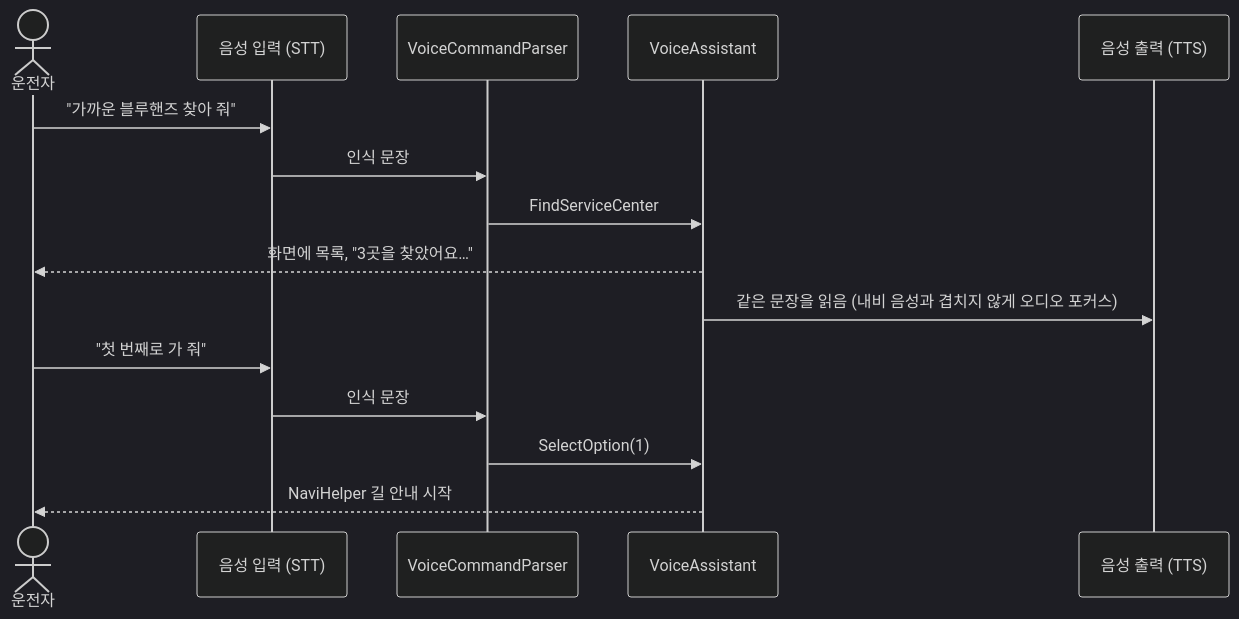
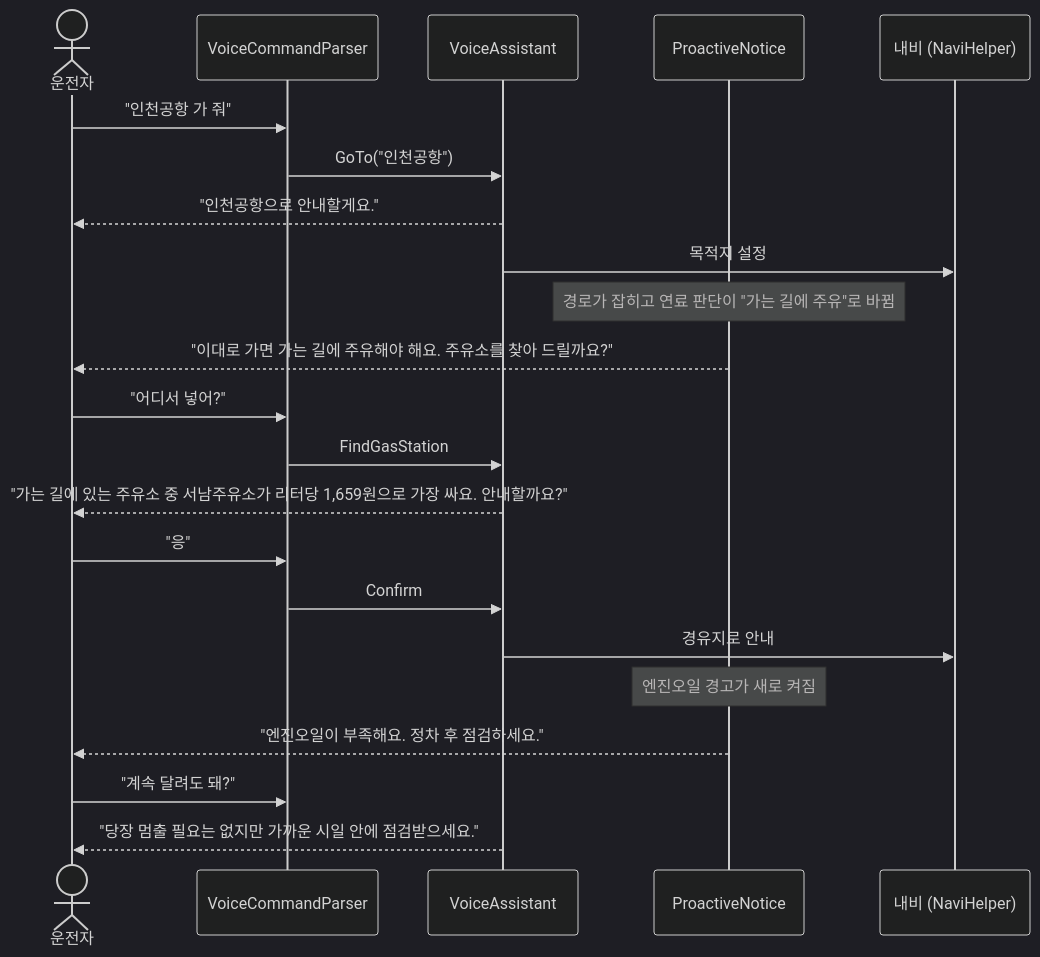
One commit to salpim-pleos/salpim changed the seventh of 8 diagrams in docs/architecture.md. Above: the diagram before and after it, drawn with Mermaid (dark theme). The commit also changed other lines of this file and 52 other files, not shown here.

````diff
--- a/docs/architecture.md
+++ b/docs/architecture.md
@@ -182,18 +184,25 @@
 ```mermaid
 sequenceDiagram
     actor U as 운전자
-    participant IN as 음성 입력 (STT)
     participant P as VoiceCommandParser
     participant A as VoiceAssistant
-    participant OUT as 음성 출력 (TTS)
+    participant N as ProactiveNotice
+    participant Nav as 내비 (NaviHelper)
 
-    U->>IN: "가까운 블루핸즈 찾아 줘"
-    IN->>P: 인식 문장
-    P->>A: FindServiceCenter
-    A-->>U: 화면에 목록, "3곳을 찾았어요…"
-    A->>OUT: 같은 문장을 읽음 (내비 음성과 겹치지 않게 오디오 포커스)
-    U->>IN: "첫 번째로 가 줘"
-    IN->>P: 인식 문장
-    P->>A: SelectOption(1)
-    A-->>U: NaviHelper 길 안내 시작
+    U->>P: "인천공항 가 줘"
+    P->>A: GoTo("인천공항")
+    A-->>U: "인천공항으로 안내할게요."
+    A->>Nav: 목적지 설정
+    Note over N: 경로가 잡히고 연료 판단이 "가는 길에 주유"로 바뀜
+    N-->>U: "이대로 가면 가는 길에 주유해야 해요. 주유소를 찾아 드릴까요?"
+    U->>P: "어디서 넣어?"
+    P->>A: FindGasStation
+    A-->>U: "가는 길에 있는 주유소 중 서남주유소가 리터당 1,659원으로 가장 싸요. 안내할까요?"
+    U->>P: "응"
+    P->>A: Confirm
+    A->>Nav: 경유지로 안내
+    Note over N: 엔진오일 경고가 새로 켜짐
+    N-->>U: "엔진오일이 부족해요. 정차 후 점검하세요."
+    U->>P: "계속 달려도 돼?"
+    A-->>U: "당장 멈출 필요는 없지만 가까운 시일 안에 점검받으세요."
 ```
````
